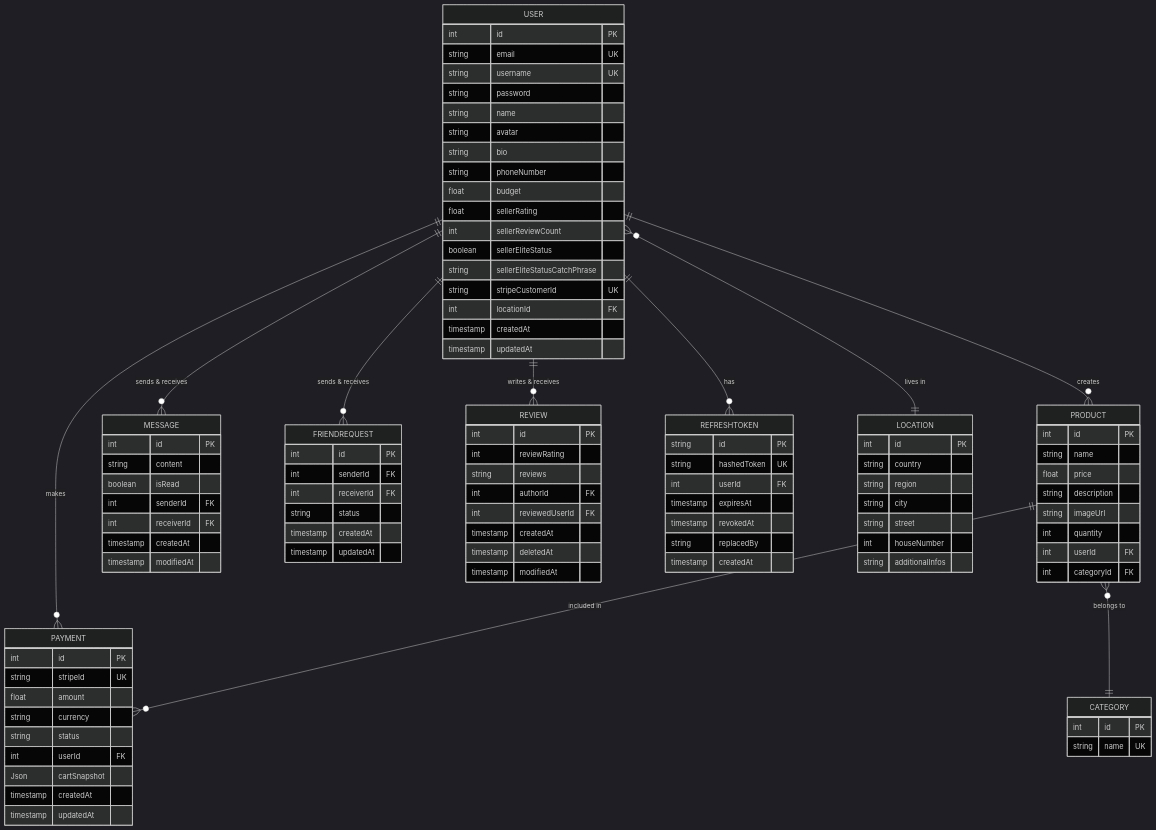
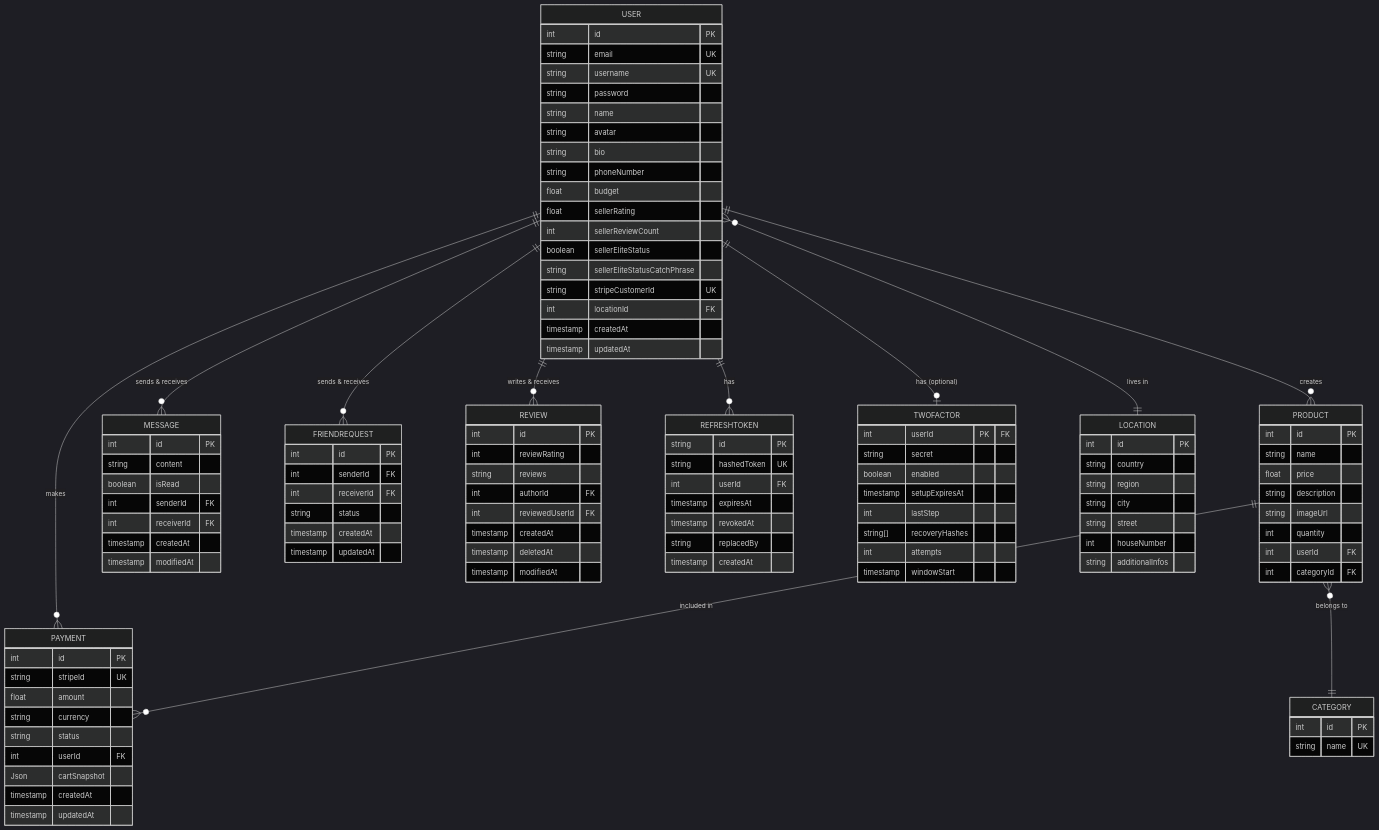
One commit to TheGoodCorner/TheGoodCorner changed the diagram in README.md. Above: the diagram before and after it, drawn with Mermaid (dark theme).

Commit message:
maj de diagram avec 2fa

````diff
--- a/README.md
+++ b/README.md
@@ -271,6 +271,7 @@
     USER ||--o{ FRIENDREQUEST : "sends & receives"
     USER ||--o{ REVIEW : "writes & receives"
     USER ||--o{ REFRESHTOKEN : has
+    USER ||--o| TWOFACTOR : "has (optional)"
     USER }o--|| LOCATION : "lives in"
     PRODUCT }o--|| CATEGORY : "belongs to"
     PRODUCT ||--o{ PAYMENT : "included in"
@@ -372,4 +373,15 @@
         string replacedBy
         timestamp createdAt
     }
+    
+    TWOFACTOR {
+        int userId PK "FK"
+        string secret
+        boolean enabled
+        timestamp setupExpiresAt
+        int lastStep
+        string[] recoveryHashes
+        int attempts
+        timestamp windowStart
+    }
 ```
````
